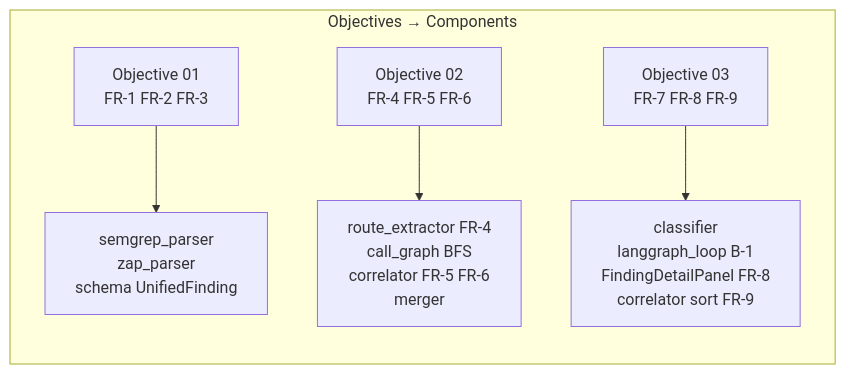
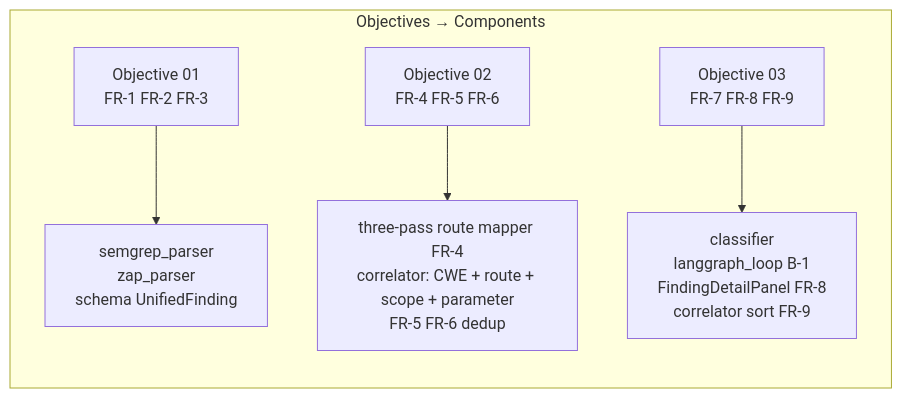
One commit to Halcyora/mitigata changed diagram 25 of 25 in docs/P06-Architecture.md. Above: the diagram before and after it, drawn with Mermaid. The commit also changed other lines of this file and 2 other files, not shown here.

````diff
--- a/docs/P06-Architecture.md
+++ b/docs/P06-Architecture.md
@@ -901,8 +937,8 @@
 ```mermaid
 graph LR
     subgraph OBJ["Objectives → Components"]
         O1["Objective 01\nFR-1 FR-2 FR-3"] --> C1["semgrep_parser\nzap_parser\nschema UnifiedFinding"]
-        O2["Objective 02\nFR-4 FR-5 FR-6"] --> C2["route_extractor FR-4\ncall_graph BFS\ncorrelator FR-5 FR-6\nmerger"]
+        O2["Objective 02\nFR-4 FR-5 FR-6"] --> C2["three-pass route mapper FR-4\ncorrelator: CWE + route + scope + parameter\nFR-5 FR-6 dedup"]
         O3["Objective 03\nFR-7 FR-8 FR-9"] --> C3["classifier\nlanggraph_loop B-1\nFindingDetailPanel FR-8\ncorrelator sort FR-9"]
     end
 ```
````
